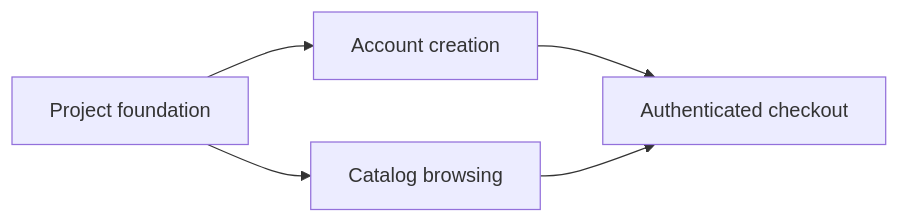
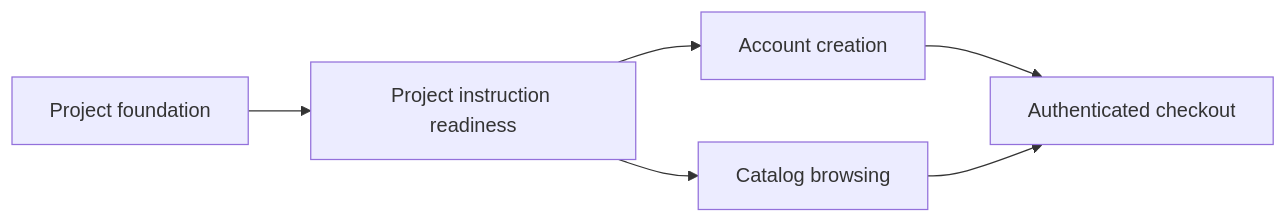
One commit to koco-co/build-goals changed the diagram in skills/vibe-coding/examples/greenfield-plan.example.md. Above: the diagram before and after it, drawn with Mermaid. The commit also changed other lines of this file and 46 other files, not shown here.

Commit message:
feat(vibe-coding): add project readiness orchestration

````diff
--- a/skills/vibe-coding/examples/greenfield-plan.example.md
+++ b/skills/vibe-coding/examples/greenfield-plan.example.md
@@ -7,7 +7,8 @@
 ```mermaid
 flowchart LR
-    TASK-001[Project foundation] --> TASK-002[Account creation]
-    TASK-001 --> TASK-003[Catalog browsing]
-    TASK-002 --> TASK-004[Authenticated checkout]
-    TASK-003 --> TASK-004
+    TASK-001[Project foundation] --> TASK-002[Project instruction readiness]
+    TASK-002 --> TASK-003[Account creation]
+    TASK-002 --> TASK-004[Catalog browsing]
+    TASK-003 --> TASK-005[Authenticated checkout]
+    TASK-004 --> TASK-005
 ```
````
